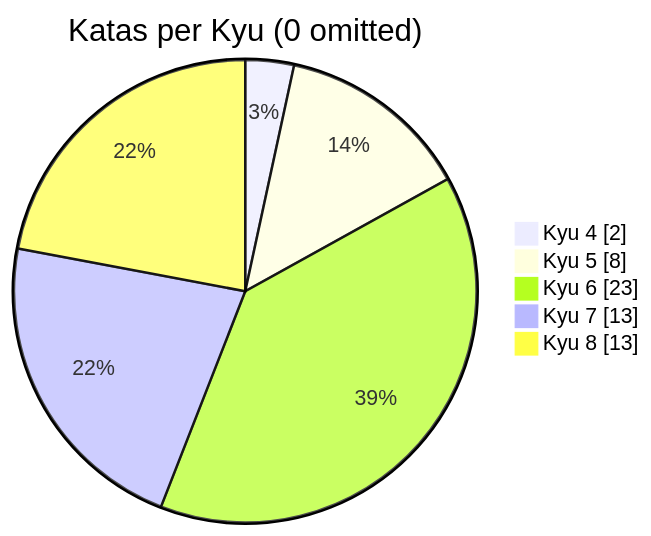
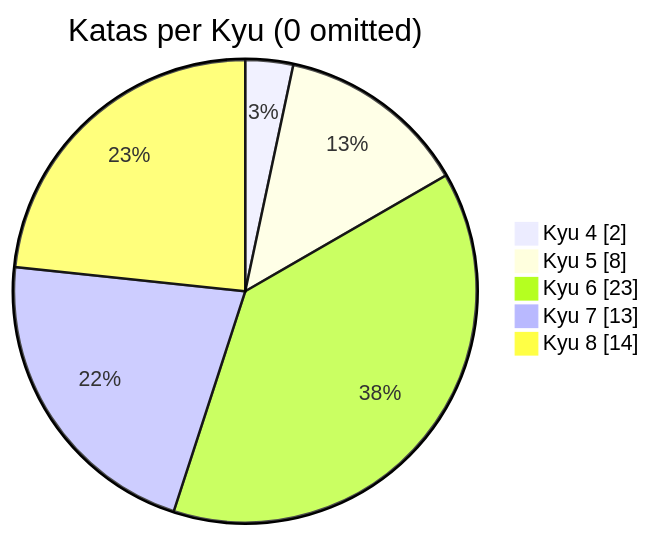
Before and after one commit to MauricioLudwig/codewars-typescript: the diagram in README.md, drawn with Mermaid. The commit also changed other lines of this file, not shown here.

````diff
--- a/README.md
+++ b/README.md
@@ -20,9 +20,9 @@
 ```mermaid
 pie showData
     title Katas per Kyu (0 omitted)
 	"Kyu 4": 2
 	"Kyu 5": 8
 	"Kyu 6": 23
 	"Kyu 7": 13
-	"Kyu 8": 13
+	"Kyu 8": 14
 ```
````
